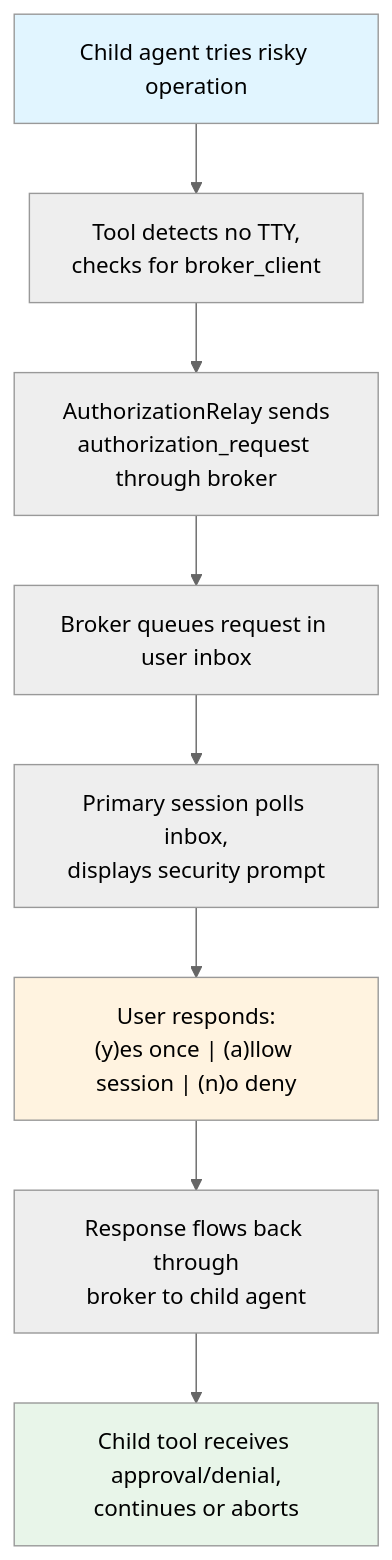
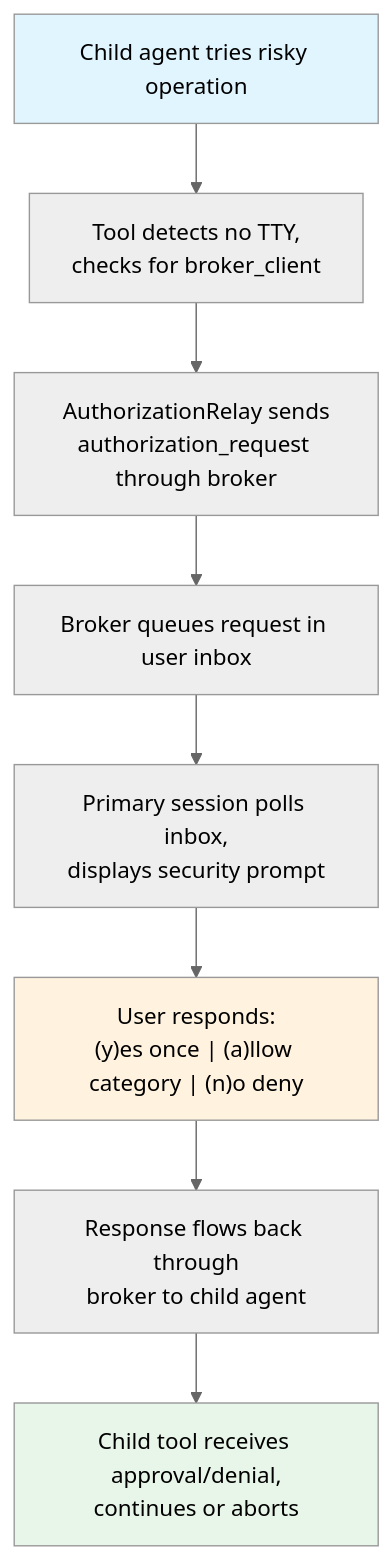
The fourth of 5 diagrams in docs/MULTI_AGENT_COORDINATION.md (SyntheticAutonomicMind/CLIO), drawn with Mermaid (neutral theme) before and after one commit. The commit also changed other lines of this file and 9 other files, not shown here.

````diff
--- a/docs/MULTI_AGENT_COORDINATION.md
+++ b/docs/MULTI_AGENT_COORDINATION.md
@@ -679,17 +679,17 @@
 ```mermaid
 graph TD
     Start["Child agent tries risky operation"]
     TTYCheck["Tool detects no TTY,<br/>checks for broker_client"]
     SendReq["AuthorizationRelay sends<br/>authorization_request through broker"]
     Queue["Broker queues request in user inbox"]
     Poll["Primary session polls inbox,<br/>displays security prompt"]
-    Respond["User responds:<br/>(y)es once | (a)llow session | (n)o deny"]
+    Respond["User responds:<br/>(y)es once | (a)llow category | (n)o deny"]
     Reply["Response flows back through<br/>broker to child agent"]
     Result["Child tool receives approval/denial,<br/>continues or aborts"]
 
     Start --> TTYCheck --> SendReq --> Queue --> Poll --> Respond --> Reply --> Result
 
     style Start fill:#e1f5ff
     style Respond fill:#fff3e0
     style Result fill:#e8f5e9
 ```
````
